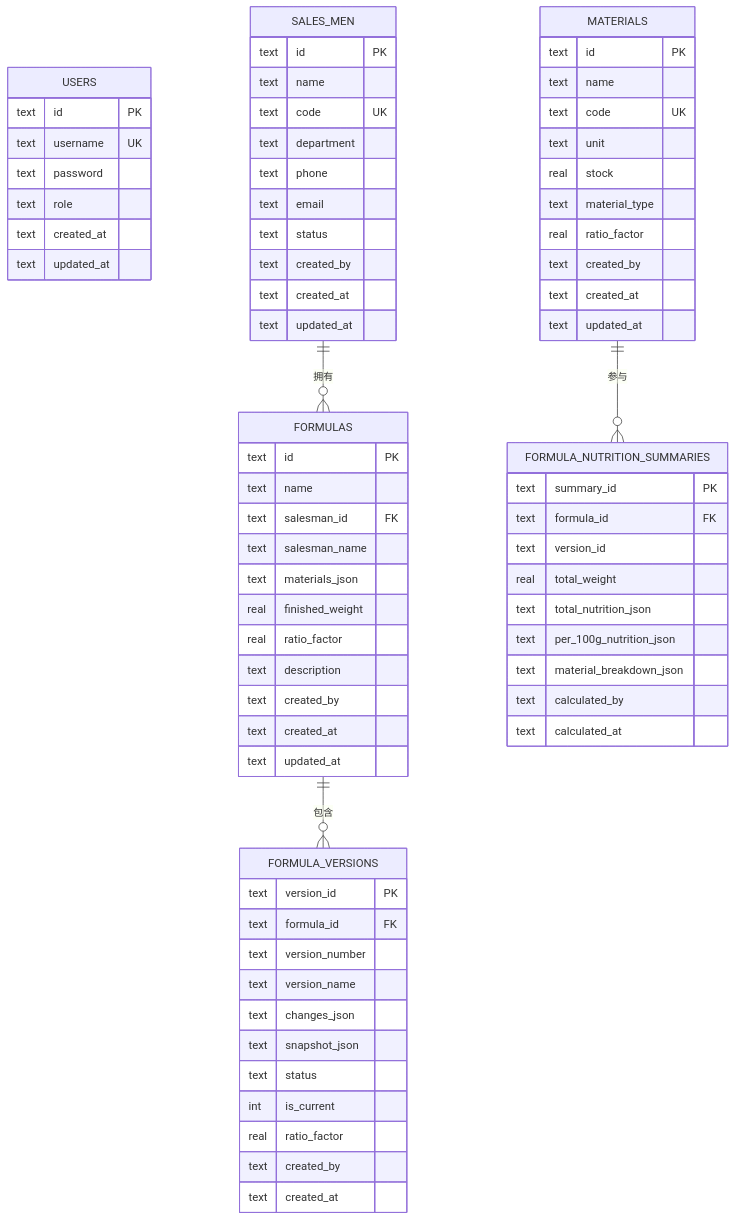
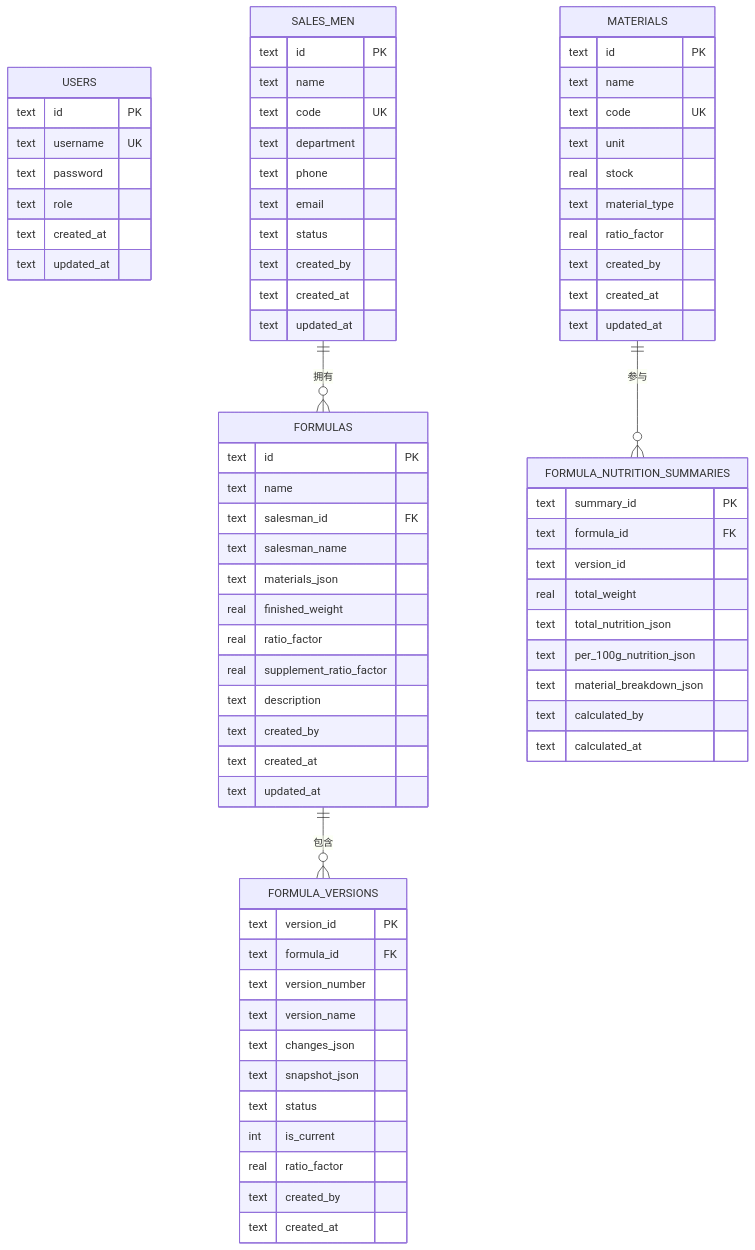
One commit to xpretycn/TingStudio changed the third of 10 diagrams in .qoder/repowiki/zh/content/核心功能模块/配方管理系统/配方管理系统.md. Above: the diagram before and after it, drawn with Mermaid. The commit also changed other lines of this file and 56 other files, not shown here.

````diff
--- a/.qoder/repowiki/zh/content/核心功能模块/配方管理系统/配方管理系统.md
+++ b/.qoder/repowiki/zh/content/核心功能模块/配方管理系统/配方管理系统.md
@@ -161,75 +185,76 @@
 ```mermaid
 erDiagram
 USERS {
 text id PK
 text username UK
 text password
 text role
 text created_at
 text updated_at
 }
 SALES_MEN {
 text id PK
 text name
 text code UK
 text department
 text phone
 text email
 text status
 text created_by
 text created_at
 text updated_at
 }
 MATERIALS {
 text id PK
 text name
 text code UK
 text unit
 real stock
 text material_type
 real ratio_factor
 text created_by
 text created_at
 text updated_at
 }
 FORMULAS {
 text id PK
 text name
 text salesman_id FK
 text salesman_name
 text materials_json
 real finished_weight
 real ratio_factor
+real supplement_ratio_factor
 text description
 text created_by
 text created_at
 text updated_at
 }
 FORMULA_VERSIONS {
 text version_id PK
 text formula_id FK
 text version_number
 text version_name
 text changes_json
 text snapshot_json
 text status
 int is_current
 real ratio_factor
 text created_by
 text created_at
 }
 FORMULA_NUTRITION_SUMMARIES {
 text summary_id PK
 text formula_id FK
 text version_id
 real total_weight
 text total_nutrition_json
 text per_100g_nutrition_json
 text material_breakdown_json
 text calculated_by
 text calculated_at
 }
 SALES_MEN ||--o{ FORMULAS : "拥有"
 FORMULAS ||--o{ FORMULA_VERSIONS : "包含"
 MATERIALS ||--o{ FORMULA_NUTRITION_SUMMARIES : "参与"
 ```
````
